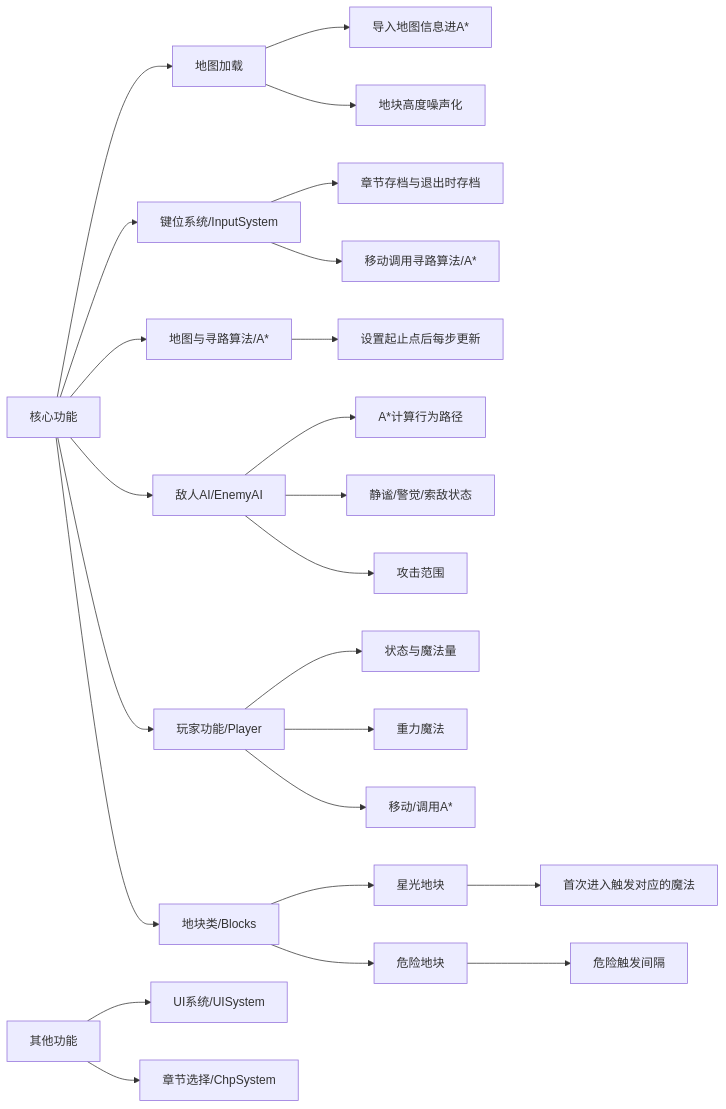
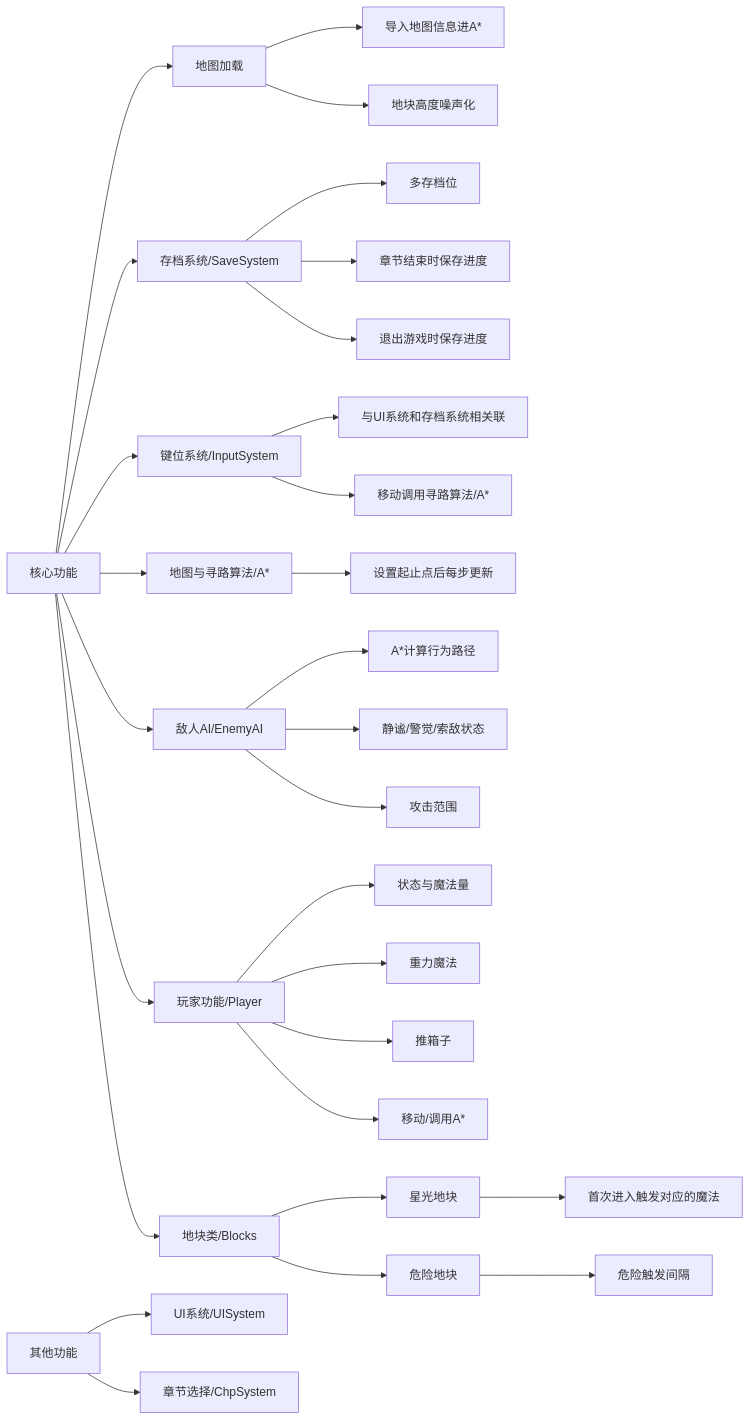
Before and after one commit to Guiny-Time/StarWay: the diagram in README.md, drawn with Mermaid. The commit also changed other lines of this file, not shown here.

````diff
--- a/README.md
+++ b/README.md
@@ -172,26 +172,31 @@
 ```mermaid
 graph LR
   核心功能 --> 地图加载
+  核心功能 --> 存档系统/SaveSystem
   核心功能 --> 键位系统/InputSystem
   核心功能 --> 地图与寻路算法/A*
   核心功能 --> 敌人AI/EnemyAI
   核心功能 --> 玩家功能/Player
   核心功能 --> 地块类/Blocks
   地图加载 --> 导入地图信息进A*
   地图加载 --> 地块高度噪声化
-  键位系统/InputSystem --> 章节存档与退出时存档
+  存档系统/SaveSystem --> 多存档位
+  存档系统/SaveSystem --> 章节结束时保存进度
+  存档系统/SaveSystem --> 退出游戏时保存进度
+  键位系统/InputSystem --> 与UI系统和存档系统相关联
   键位系统/InputSystem --> 移动调用寻路算法/A*
   地图与寻路算法/A* --> 设置起止点后每步更新
   敌人AI/EnemyAI --> A*计算行为路径
   敌人AI/EnemyAI --> 静谧/警觉/索敌状态
   敌人AI/EnemyAI --> 攻击范围
   玩家功能/Player --> 状态与魔法量
   玩家功能/Player --> 重力魔法
+  玩家功能/Player --> 推箱子
   玩家功能/Player --> 移动/调用A*
   地块类/Blocks --> 星光地块
   地块类/Blocks --> 危险地块
   星光地块 --> 首次进入触发对应的魔法
   危险地块 --> 危险触发间隔
   其他功能 --> UI系统/UISystem
   其他功能 --> 章节选择/ChpSystem
 ```
````
